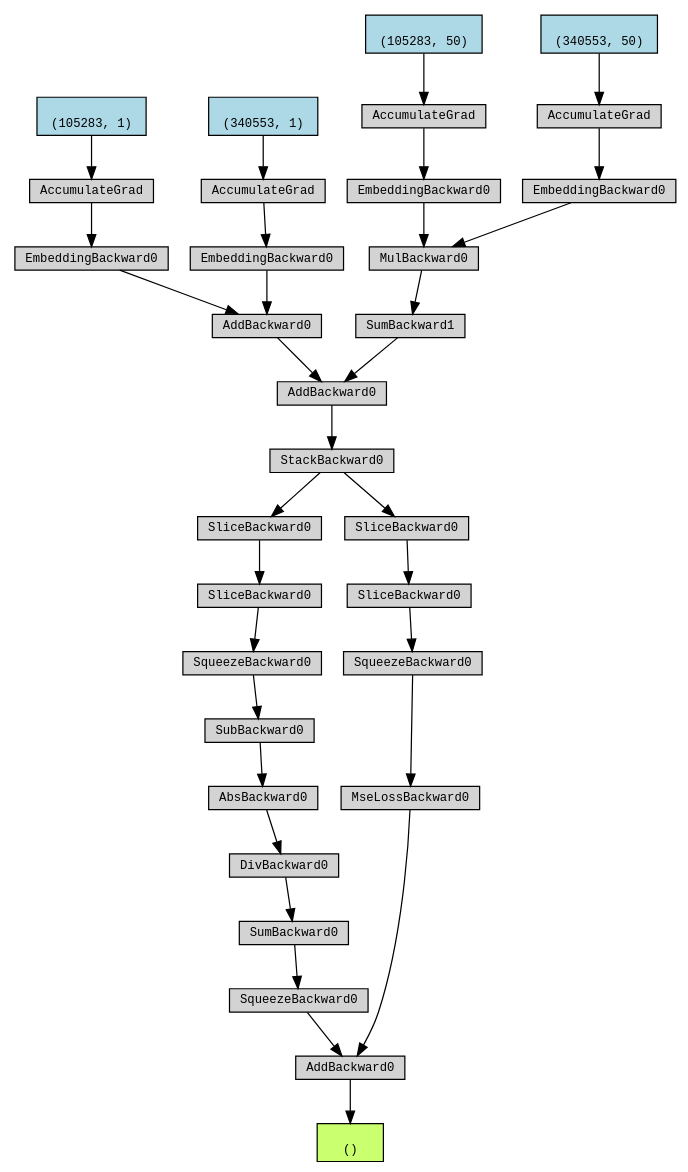
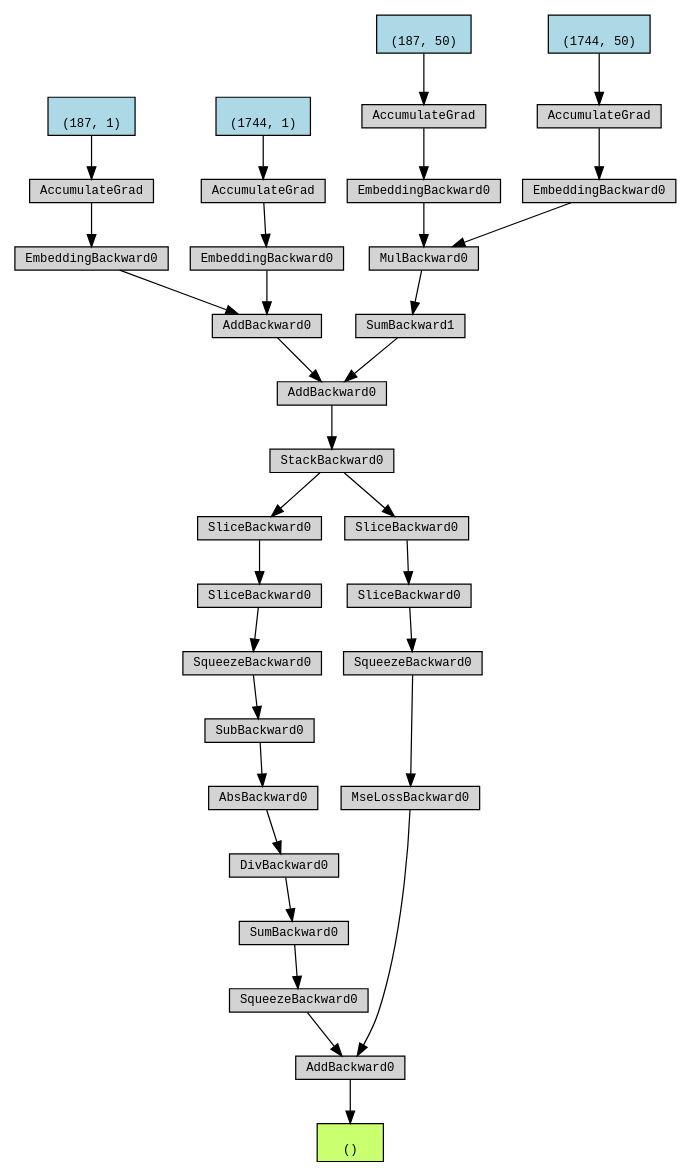
Before and after one commit to asafjo23/histogram_based_collaborative_filtering: the diagram in examples/Digraph.gv, drawn with Graphviz. The commit also changed 11 other files, not shown here.

```diff
--- a/examples/Digraph.gv
+++ b/examples/Digraph.gv
@@ -1,71 +1,71 @@
 digraph {
 	graph [size="12,12"]
 	node [align=left fontname=monospace fontsize=10 height=0.2 ranksep=0.1 shape=box style=filled]
-	5310358208 [label="
+	5268943792 [label="
  ()" fillcolor=darkolivegreen1]
-	5351139600 [label=AddBackward0]
-	5351137968 -> 5351139600
-	5351137968 [label=SqueezeBackward0]
-	5351138064 -> 5351137968
-	5351138064 [label=SumBackward0]
-	5351137488 -> 5351138064
-	5351137488 [label=DivBackward0]
-	5351138928 -> 5351137488
-	5351138928 [label=AbsBackward0]
-	5351137728 -> 5351138928
-	5351137728 [label=SubBackward0]
-	5351140992 -> 5351137728
-	5351140992 [label=SqueezeBackward0]
-	5351137392 -> 5351140992
-	5351137392 [label=SliceBackward0]
-	5172026336 -> 5351137392
-	5172026336 [label=SliceBackward0]
-	5172624592 -> 5172026336
-	5172624592 [label=StackBackward0]
-	5172309536 -> 5172624592
-	5172309536 [label=AddBackward0]
-	5172309680 -> 5172309536
-	5172309680 [label=AddBackward0]
-	5172704640 -> 5172309680
-	5172704640 [label=EmbeddingBackward0]
-	5172706944 -> 5172704640
-	5272389728 [label="
- (105283, 1)" fillcolor=lightblue]
-	5272389728 -> 5172706944
-	5172706944 [label=AccumulateGrad]
-	5172705936 -> 5172309680
-	5172705936 [label=EmbeddingBackward0]
-	5172705408 -> 5172705936
-	5272390208 [label="
- (340553, 1)" fillcolor=lightblue]
-	5272390208 -> 5172705408
-	5172705408 [label=AccumulateGrad]
-	5172308576 -> 5172309536
-	5172308576 [label=SumBackward1]
-	5172704256 -> 5172308576
-	5172704256 [label=MulBackward0]
-	5351151600 -> 5172704256
-	5351151600 [label=EmbeddingBackward0]
-	5351153040 -> 5351151600
-	5318244528 [label="
- (105283, 50)" fillcolor=lightblue]
-	5318244528 -> 5351153040
-	5351153040 [label=AccumulateGrad]
-	5351153520 -> 5172704256
-	5351153520 [label=EmbeddingBackward0]
-	5351150976 -> 5351153520
-	5272388288 [label="
- (340553, 50)" fillcolor=lightblue]
-	5272388288 -> 5351150976
-	5351150976 [label=AccumulateGrad]
-	5351138208 -> 5351139600
-	5351138208 [label=MseLossBackward0]
-	5351140128 -> 5351138208
-	5351140128 [label=SqueezeBackward0]
-	5351140512 -> 5351140128
-	5351140512 [label=SliceBackward0]
-	5172624928 -> 5351140512
-	5172624928 [label=SliceBackward0]
-	5172624592 -> 5172624928
-	5351139600 -> 5310358208
+	5254826832 [label=AddBackward0]
+	5256949040 -> 5254826832
+	5256949040 [label=SqueezeBackward0]
+	5256878880 -> 5256949040
+	5256878880 [label=SumBackward0]
+	5257152736 -> 5256878880
+	5257152736 [label=DivBackward0]
+	5257515408 -> 5257152736
+	5257515408 [label=AbsBackward0]
+	5257042528 -> 5257515408
+	5257042528 [label=SubBackward0]
+	5257516416 -> 5257042528
+	5257516416 [label=SqueezeBackward0]
+	5255617936 -> 5257516416
+	5255617936 [label=SliceBackward0]
+	5255617648 -> 5255617936
+	5255617648 [label=SliceBackward0]
+	5255617360 -> 5255617648
+	5255617360 [label=StackBackward0]
+	5255618464 -> 5255617360
+	5255618464 [label=AddBackward0]
+	5255617504 -> 5255618464
+	5255617504 [label=AddBackward0]
+	5255617408 -> 5255617504
+	5255617408 [label=EmbeddingBackward0]
+	5257497952 -> 5255617408
+	5254777408 [label="
+ (187, 1)" fillcolor=lightblue]
+	5254777408 -> 5257497952
+	5257497952 [label=AccumulateGrad]
+	5255617984 -> 5255617504
+	5255617984 [label=EmbeddingBackward0]
+	5257498288 -> 5255617984
+	5266928960 [label="
+ (1744, 1)" fillcolor=lightblue]
+	5266928960 -> 5257498288
+	5257498288 [label=AccumulateGrad]
+	5255617456 -> 5255618464
+	5255617456 [label=SumBackward1]
+	5257495504 -> 5255617456
+	5257495504 [label=MulBackward0]
+	5258023024 -> 5257495504
+	5258023024 [label=EmbeddingBackward0]
+	5255993040 -> 5258023024
+	5233773680 [label="
+ (187, 50)" fillcolor=lightblue]
+	5233773680 -> 5255993040
+	5255993040 [label=AccumulateGrad]
+	5258025280 -> 5257495504
+	5258025280 [label=EmbeddingBackward0]
+	5258026912 -> 5258025280
+	5267984272 [label="
+ (1744, 50)" fillcolor=lightblue]
+	5267984272 -> 5258026912
+	5258026912 [label=AccumulateGrad]
+	5256946016 -> 5254826832
+	5256946016 [label=MseLossBackward0]
+	5256878544 -> 5256946016
+	5256878544 [label=SqueezeBackward0]
+	5257518048 -> 5256878544
+	5257518048 [label=SliceBackward0]
+	5255618224 -> 5257518048
+	5255618224 [label=SliceBackward0]
+	5255617360 -> 5255618224
+	5254826832 -> 5268943792
 }
```
